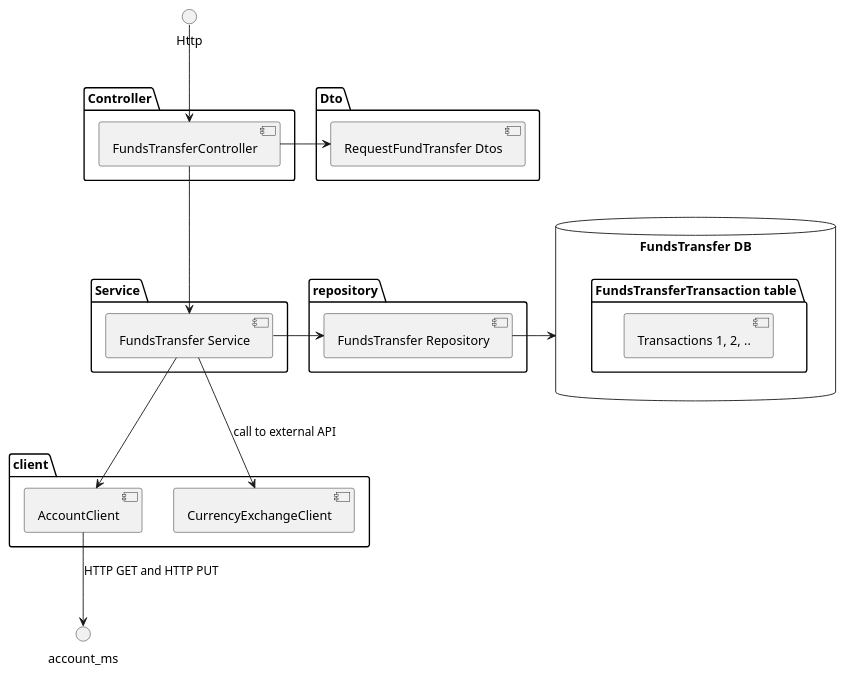
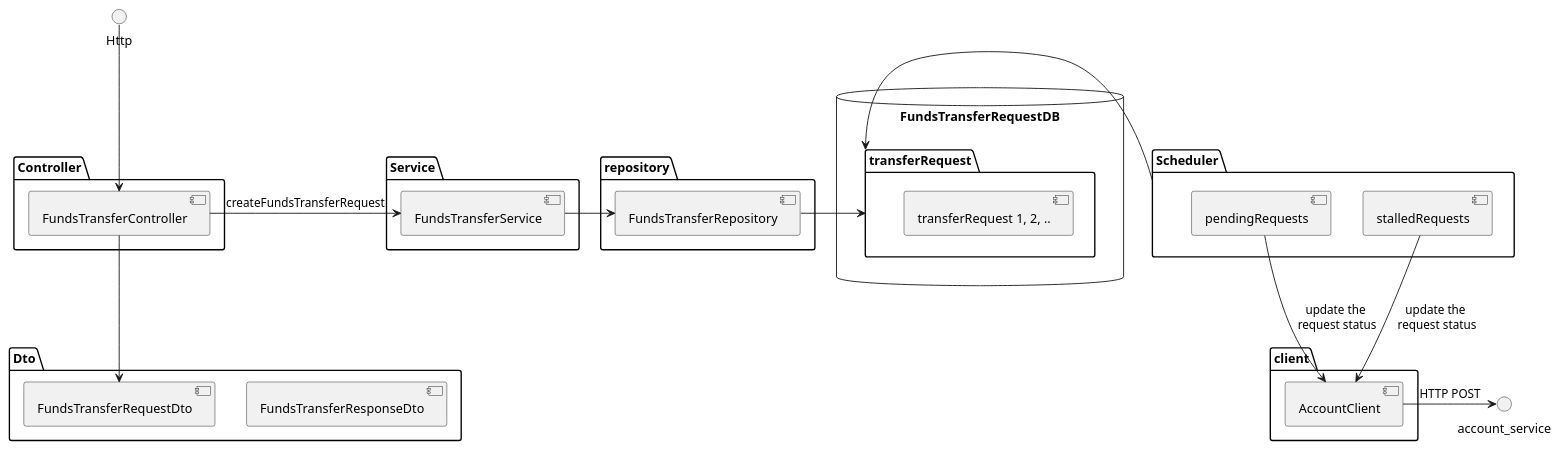
The diagram in components.puml (Thor-TechSavy/funds-transfer-ms), drawn with PlantUML before and after one commit. The commit also changed 13 other files, not shown here.

```diff
--- a/components.puml
+++ b/components.puml
@@ -1,49 +1,53 @@
 @startuml
 'https://plantuml.com/component-diagram
 
 package "client" {
 [AccountClient]
-[CurrencyExchangeClient]
 }
 
 package "Dto" {
-  [RequestFundTransfer Dtos]
+  [FundsTransferResponseDto]
+  [FundsTransferRequestDto]
 }
 
 package "Controller" {
   [FundsTransferController]
 }
 
 package "repository" {
-  [FundsTransfer Repository]
+  [FundsTransferRepository]
 }
 
 package "Service" {
-  [FundsTransfer Service]
-
-
+  [FundsTransferService]
 }
 
-database "FundsTransfer DB" {
-  folder "FundsTransferTransaction table" as transactions {
-    [Transactions 1, 2, ..]
+package "Scheduler" as Scheduler {
+    [pendingRequests]
+    [stalledRequests]
+}
+
+database "FundsTransferRequestDB" {
+  folder "transferRequest" as transferRequest {
+    [transferRequest 1, 2, ..]
   }
 }
 
-Http -down-> [FundsTransferController]
+Http --> [FundsTransferController]
 
-[FundsTransferController] -> [RequestFundTransfer Dtos]
+[FundsTransferController] --> [FundsTransferRequestDto]
 
-[FundsTransferController] --> [FundsTransfer Service]
+[FundsTransferController] -> [FundsTransferService] : createFundsTransferRequest
 
-[FundsTransfer Service] -> [FundsTransfer Repository]
+[FundsTransferService] -> [FundsTransferRepository]
 
-[FundsTransfer Repository] -> [FundsTransfer DB]
+[FundsTransferRepository] -> transferRequest
 
-[FundsTransfer Service] --> [AccountClient]
+[pendingRequests] --> [AccountClient] : update the\n request status
+[stalledRequests] --> [AccountClient] : update the\n request status
 
-[AccountClient] --> account_ms : HTTP GET and HTTP PUT
+Scheduler -> transferRequest
 
-[FundsTransfer Service] --> [CurrencyExchangeClient] : call to external API
+[AccountClient] -> account_service : HTTP POST
 
 @enduml
```
